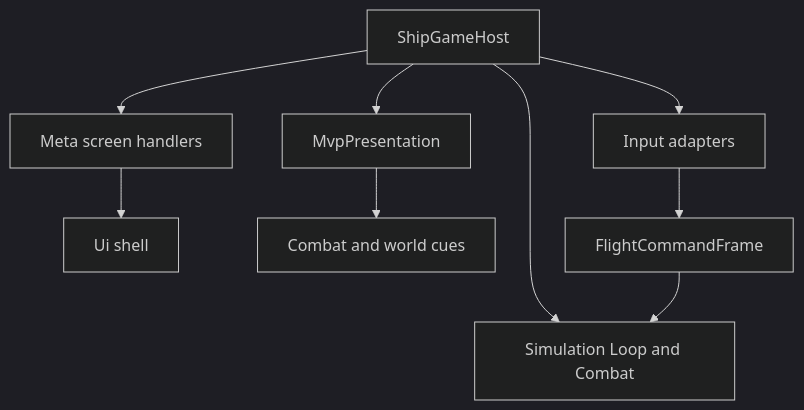
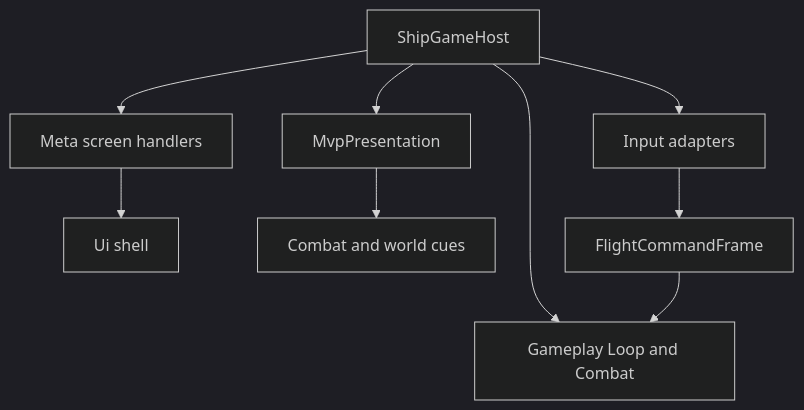
Before and after one commit to pabloordonez/monogame-ship-incremental: the diagram in src/ShipGame.Game/README.md, drawn with Mermaid (dark theme). The commit also changed other lines of this file and 259 other files, not shown here.

First line of the commit message:
Refactor simulation to gameplay and update project structure

````diff
--- a/src/ShipGame.Game/README.md
+++ b/src/ShipGame.Game/README.md
@@ -7,11 +7,11 @@
 ```mermaid
 flowchart TB
   Host[ShipGameHost] --> MetaHandlers[Meta screen handlers]
   Host --> InputAdapters[Input adapters]
-  Host --> Sim[Simulation Loop and Combat]
+  Host --> Sim[Gameplay Loop and Combat]
   Host --> Presentation[MvpPresentation]
   MetaHandlers --> UiShell[Ui shell]
   Presentation --> Cues[Combat and world cues]
   InputAdapters --> Commands[FlightCommandFrame]
   Commands --> Sim
 ```
````
